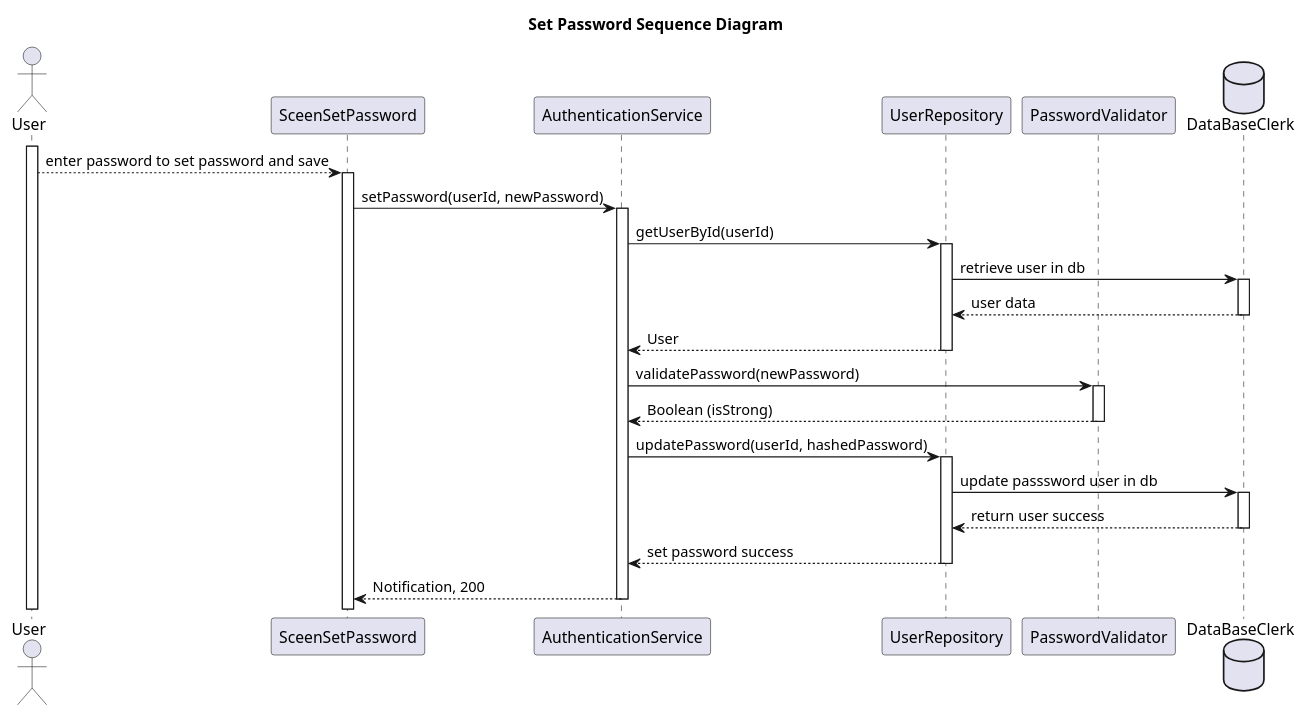
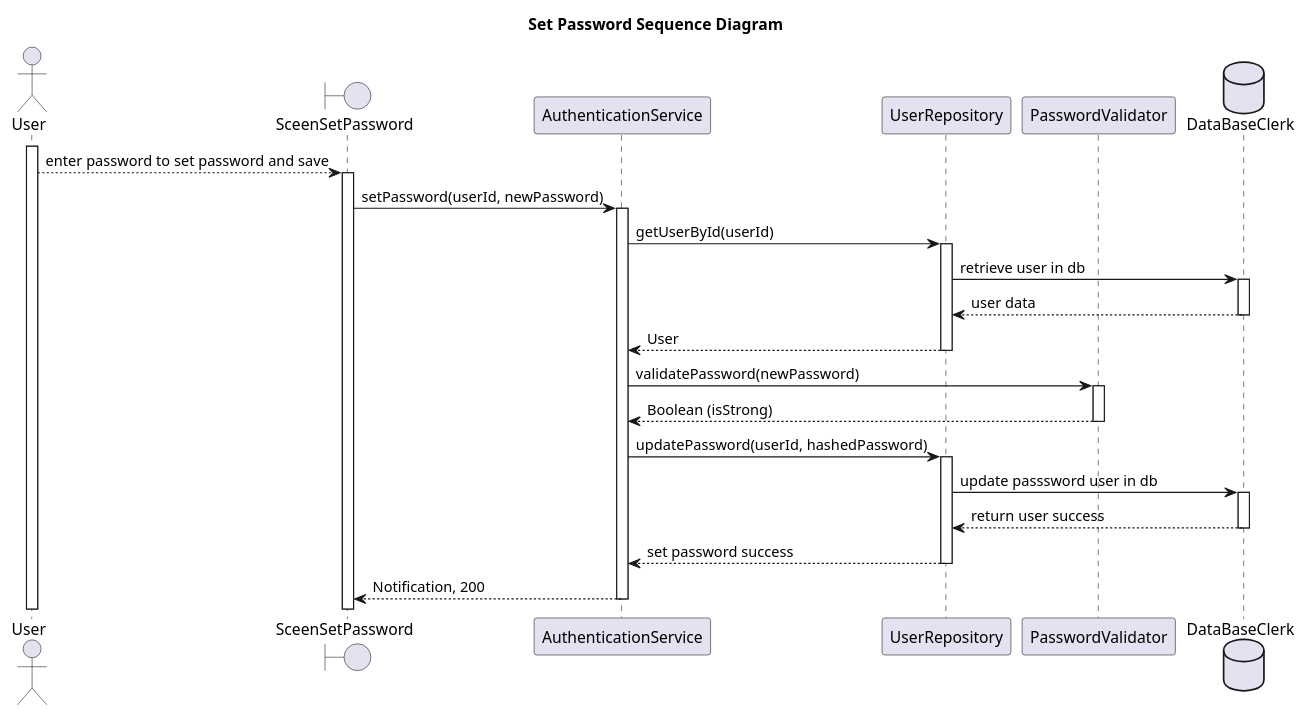
The diagram in ClassDiagram/Authentication/SetPasswordSequenceDiagram.plantuml (Caothuludau/InSyncDocument), drawn with PlantUML before and after one commit. The commit also changed 22 other files, not shown here.

```diff
--- a/ClassDiagram/Authentication/SetPasswordSequenceDiagram.plantuml
+++ b/ClassDiagram/Authentication/SetPasswordSequenceDiagram.plantuml
@@ -1,50 +1,50 @@
 @startuml SetPasswordSequenceDiagram
 skinparam classAttributeIconSize 0
 Title Set Password Sequence Diagram
 'Character	Visibility
 '-			private
 '#			protected
 '~			package private
 '+			public
 
 'Extension	<|--	Quan hệ mở rộng từ (là extends hoặc implements nhưng ko có annotations trong code)
 'Composition	*--	 Quan hệ gắn kết chặt chẽ : part - of
 'Aggregation	o--	Quan hệ liên kết giữa hai thực thể : use, has
 
 ' Include các file vào trong file để sử dụng'
 actor User as u
-participant SceenSetPassword as  ssp
+boundary SceenSetPassword as  ssp
 participant AuthenticationService as a
 participant UserRepository as ur
 participant PasswordValidator as v
 database "DataBaseClerk" as dbc
 
 activate u
 u --> ssp : enter password to set password and save
 activate ssp
 ssp -> a: setPassword(userId, newPassword)
 activate a
 a -> ur: getUserById(userId)
 activate ur
 ur -> dbc : retrieve user in db
 activate dbc
 dbc --> ur : user data
 deactivate dbc
 ur --> a: User
 
 deactivate ur
 a -> v: validatePassword(newPassword)
 activate v
 v --> a: Boolean (isStrong)
 deactivate v
 a -> ur: updatePassword(userId, hashedPassword)
 activate ur
 ur -> dbc : update passsword user in db
 activate dbc
 dbc --> ur : return user success
 deactivate dbc
 ur --> a: set password success
 deactivate ur
 a --> ssp: Notification, 200
 deactivate a
 @enduml
```
